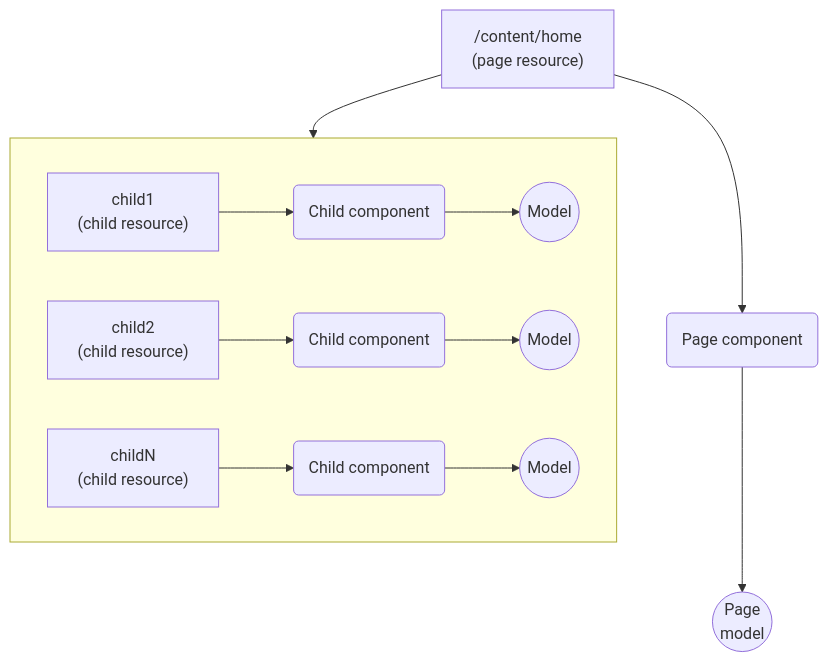
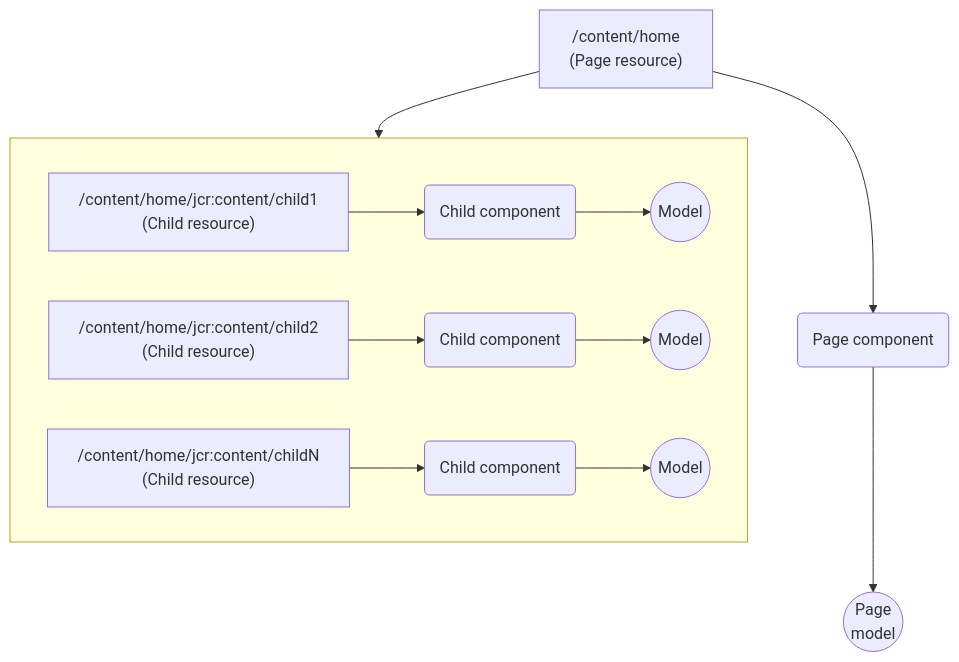
Before and after one commit to smiakchilo/aem-crash-course: the third of 4 diagrams in lessons/2.7/part1.md, drawn with Mermaid. The commit also changed other lines of this file, not shown here.

````diff
--- a/lessons/2.7/part1.md
+++ b/lessons/2.7/part1.md
@@ -135,12 +135,12 @@
 ```mermaid
 flowchart TD
-    A["/content/home<br>(page resource)"]
+    A["/content/home<br>(Page resource)"]
     A-->Ac(Page component)-->Am((Page<br>model))
     subgraph C[" "]
     direction LR
-        c1["child1<br>(child resource)"]-->c1c(Child component)-->c1m((Model))
-        c2["child2<br>(child resource)"]-->c2c(Child component)-->c2m((Model))
-        cN["childN<br>(child resource)"]-->cNc(Child component)-->cNm((Model))
+        c1["/content/home/jcr:content/child1<br>(Child resource)"]-->c1c(Child component)-->c1m((Model))
+        c2["/content/home/jcr:content/child2<br>(Child resource)"]-->c2c(Child component)-->c2m((Model))
+        cN["/content/home/jcr:content/childN<br>(Child resource)"]-->cNc(Child component)-->cNm((Model))
     end
     A-->C
 ```
````
